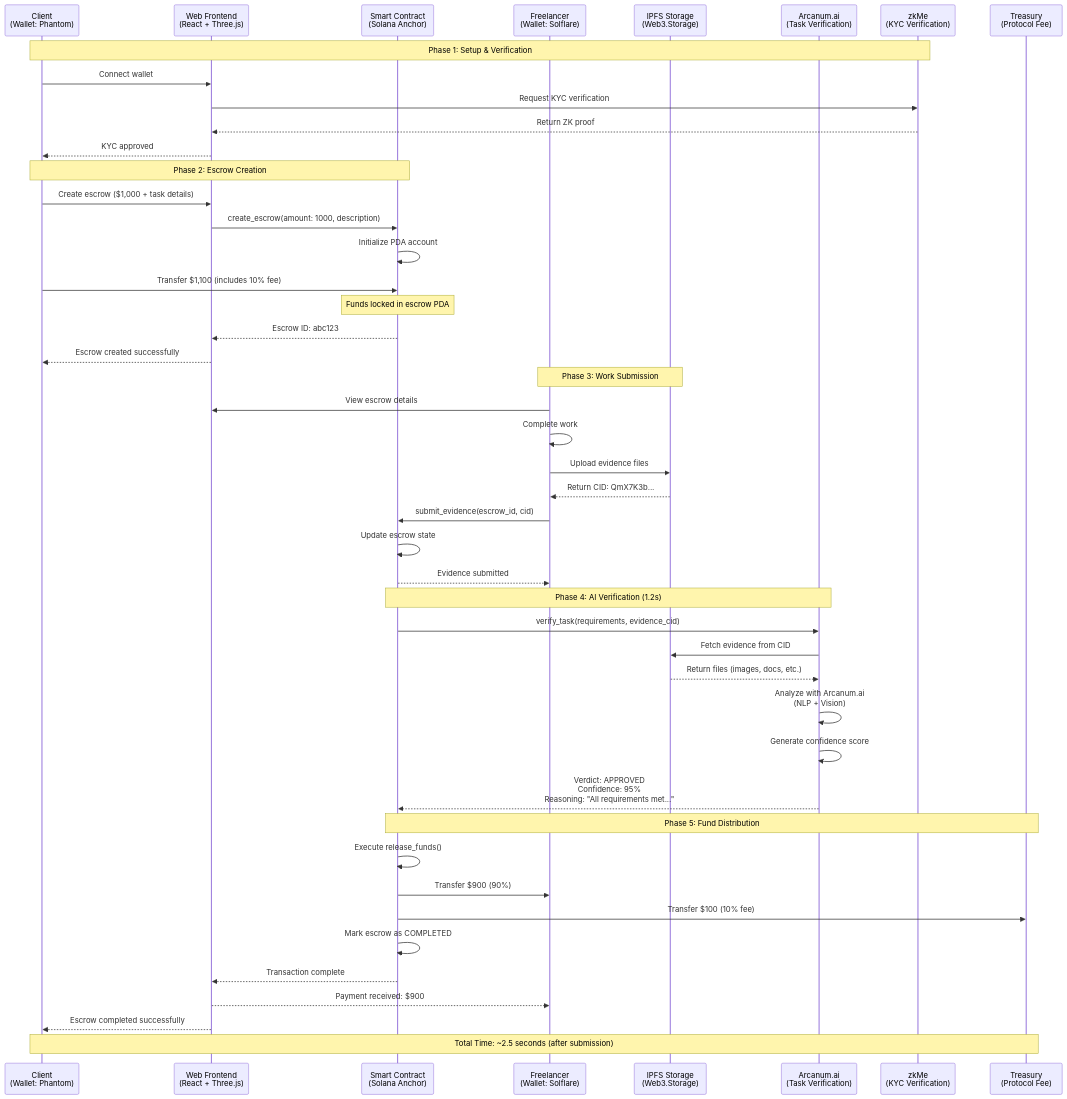
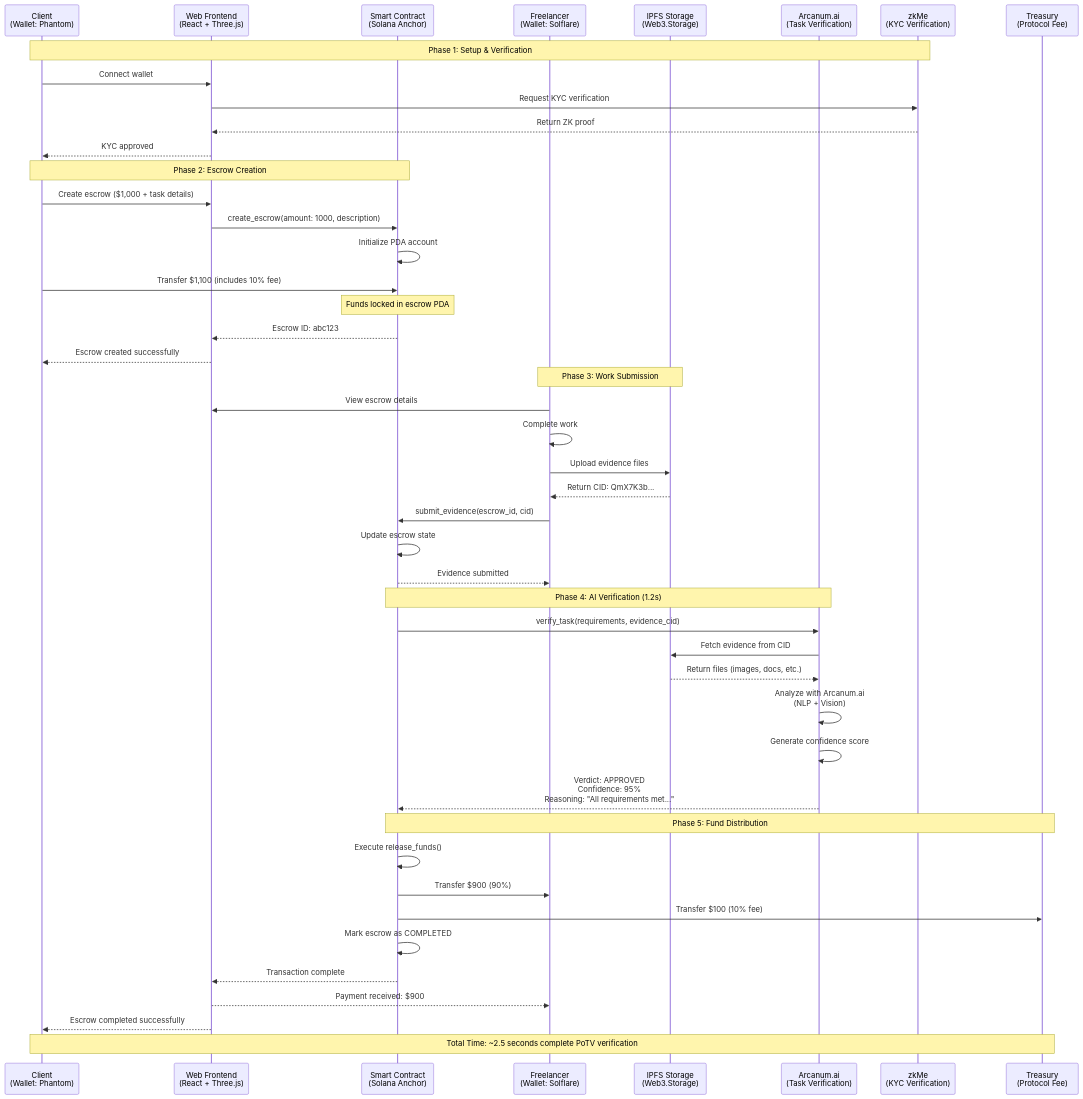
One commit to De-real-iManuel/aetherlock-docs changed the diagram in how-it-works.mdx. Above: the diagram before and after it, drawn with Mermaid. The commit also changed other lines of this file and 34 other files, not shown here.

````diff
--- a/how-it-works.mdx
+++ b/how-it-works.mdx
@@ -35,54 +35,54 @@
 ```mermaid
 sequenceDiagram
     participant C as Client<br/>(Wallet: Phantom)
     participant W as Web Frontend<br/>(React + Three.js)
     participant SC as Smart Contract<br/>(Solana Anchor)
     participant F as Freelancer<br/>(Wallet: Solflare)
     participant IPFS as IPFS Storage<br/>(Web3.Storage)
     participant AI as Arcanum.ai<br/>(Task Verification)
     participant ZK as zkMe<br/>(KYC Verification)
     participant T as Treasury<br/>(Protocol Fee)
     
     Note over C,ZK: Phase 1: Setup & Verification
     C->>W: Connect wallet
     W->>ZK: Request KYC verification
     ZK-->>W: Return ZK proof
     W-->>C: KYC approved
     
     Note over C,SC: Phase 2: Escrow Creation
     C->>W: Create escrow ($1,000 + task details)
     W->>SC: create_escrow(amount: 1000, description)
     SC->>SC: Initialize PDA account
     C->>SC: Transfer $1,100 (includes 10% fee)
     Note over SC: Funds locked in escrow PDA
     SC-->>W: Escrow ID: abc123
     W-->>C: Escrow created successfully
     
     Note over F,IPFS: Phase 3: Work Submission
     F->>W: View escrow details
     F->>F: Complete work
     F->>IPFS: Upload evidence files
     IPFS-->>F: Return CID: QmX7K3b...
     F->>SC: submit_evidence(escrow_id, cid)
     SC->>SC: Update escrow state
     SC-->>F: Evidence submitted
     
     Note over SC,AI: Phase 4: AI Verification (1.2s)
     SC->>AI: verify_task(requirements, evidence_cid)
     AI->>IPFS: Fetch evidence from CID
     IPFS-->>AI: Return files (images, docs, etc.)
     AI->>AI: Analyze with Arcanum.ai<br/>(NLP + Vision)
     AI->>AI: Generate confidence score
     AI-->>SC: Verdict: APPROVED<br/>Confidence: 95%<br/>Reasoning: "All requirements met..."
     
     Note over SC,T: Phase 5: Fund Distribution
     SC->>SC: Execute release_funds()
     SC->>F: Transfer $900 (90%)
     SC->>T: Transfer $100 (10% fee)
     SC->>SC: Mark escrow as COMPLETED
     SC-->>W: Transaction complete
     W-->>F: Payment received: $900
     W-->>C: Escrow completed successfully
     
-    Note over C,T: Total Time: ~2.5 seconds (after submission)
+    Note over C,T: Total Time: ~2.5 seconds complete PoTV verification
 ```
````
